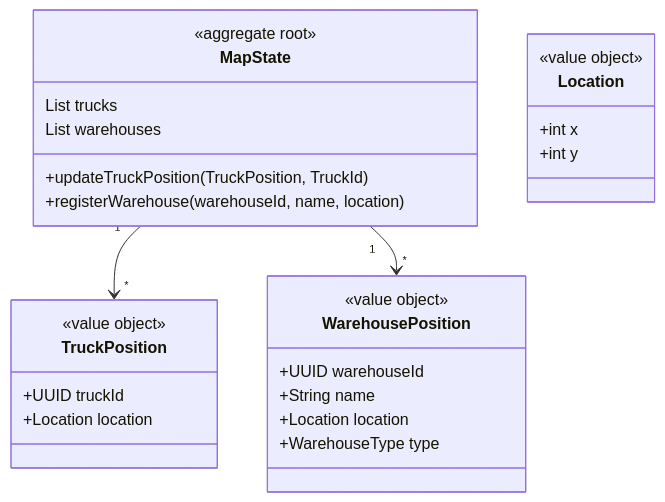
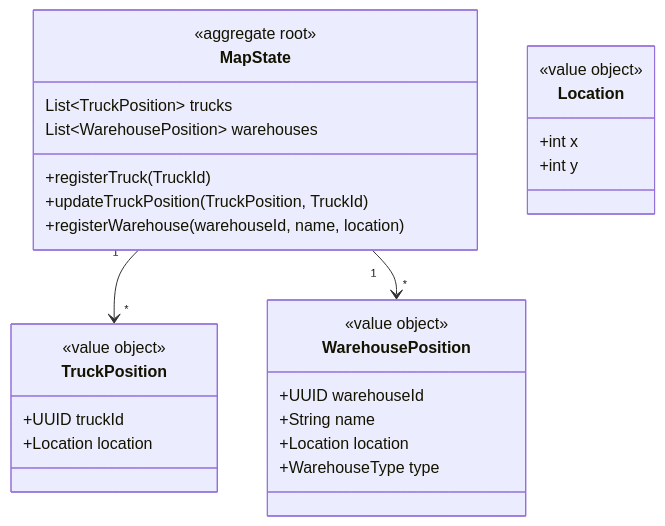
One commit to fraarrmat11/MS-SIMULATION changed the second of 3 diagrams in README.md. Above: the diagram before and after it, drawn with Mermaid. The commit also changed other lines of this file, not shown here.

Commit message:
docs: update microservice contracts

````diff
--- a/README.md
+++ b/README.md
@@ -37,30 +37,31 @@
 ```mermaid
 classDiagram
     class MapState {
-        List<TruckPosition> trucks
-        List<WarehousePosition> warehouses
+        List&ltTruckPosition&gt trucks
+        List&ltWarehousePosition&gt warehouses
         <<aggregate root>>
+        +registerTruck(TruckId)
         +updateTruckPosition(TruckPosition, TruckId)
         +registerWarehouse(warehouseId, name, location)
     }
     class TruckPosition {
         <<value object>>
         +UUID truckId
         +Location location
     }
 
     class WarehousePosition {
         <<value object>>
         +UUID warehouseId
         +String name
         +Location location
         +WarehouseType type
     }
     class Location {
         <<value object>>
         +int x
         +int y
     }
     MapState "1" --> "*" TruckPosition
     MapState "1" --> "*" WarehousePosition
 ```
````
